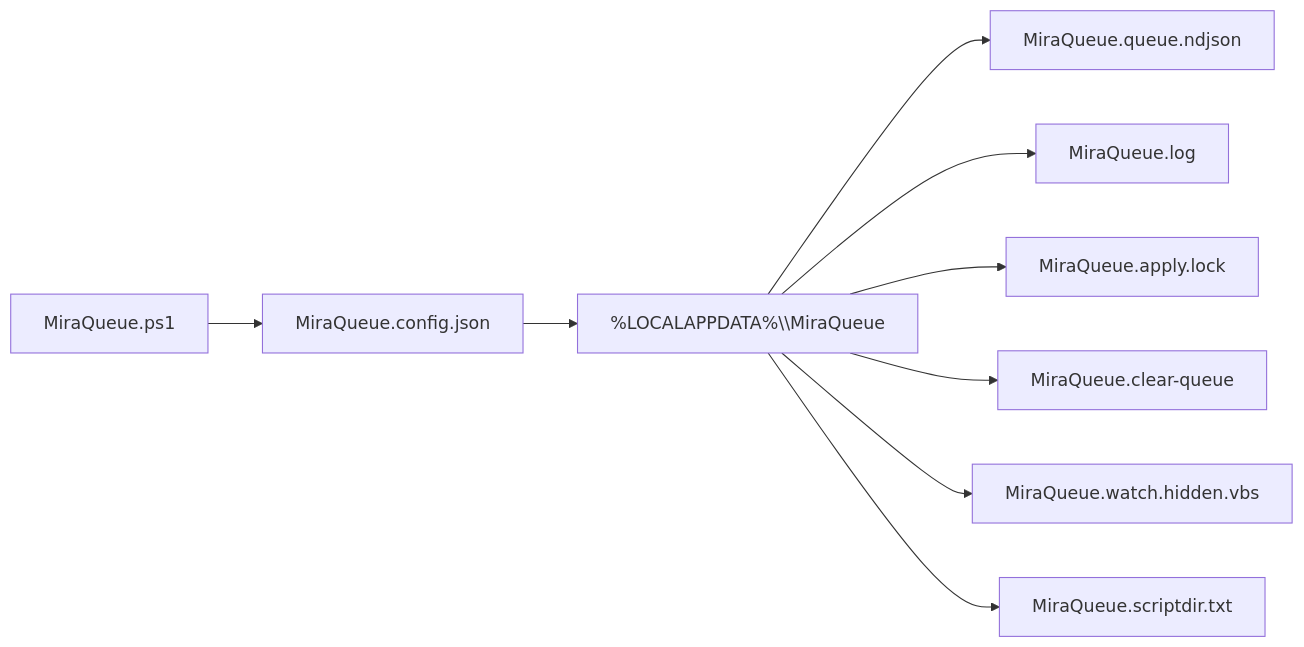
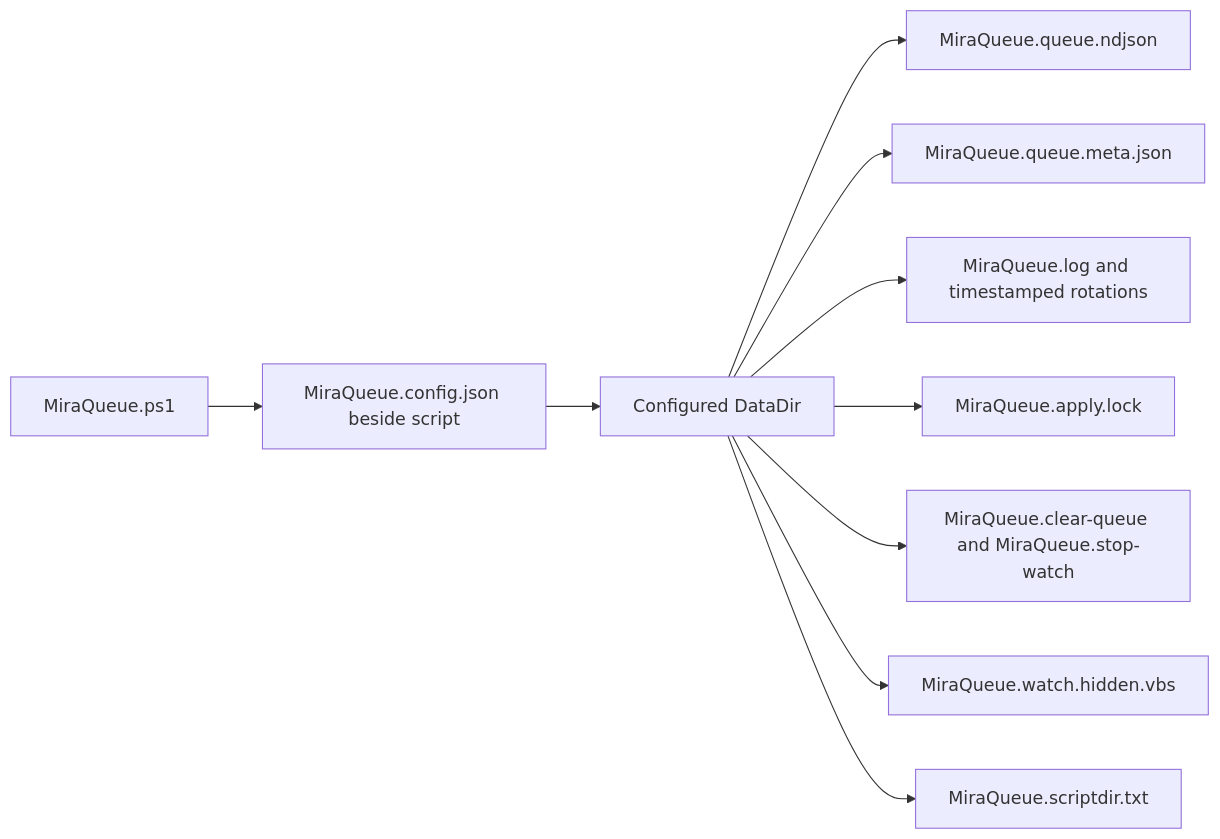
The diagram in docs/maps/runtime-files-map.md (AMD4x/miraqueue), drawn with Mermaid before and after one commit. The commit also changed other lines of this file and 41 other files, not shown here.

First line of the commit message:
Release MiraQueue V2.0.0

````diff
--- a/docs/maps/runtime-files-map.md
+++ b/docs/maps/runtime-files-map.md
@@ -3,11 +3,12 @@
 ```mermaid
-graph LR
-  S[MiraQueue.ps1] --> C[MiraQueue.config.json]
-  C --> D[%LOCALAPPDATA%\\MiraQueue]
+flowchart LR
+  S[MiraQueue.ps1] --> C[MiraQueue.config.json beside script]
+  C --> D[Configured DataDir]
   D --> Q[MiraQueue.queue.ndjson]
-  D --> L[MiraQueue.log]
-  D --> K[MiraQueue.apply.lock]
-  D --> R[MiraQueue.clear-queue]
+  D --> M[MiraQueue.queue.meta.json]
+  D --> L[MiraQueue.log and timestamped rotations]
+  D --> A[MiraQueue.apply.lock]
+  D --> R[MiraQueue.clear-queue and MiraQueue.stop-watch]
   D --> V[MiraQueue.watch.hidden.vbs]
   D --> P[MiraQueue.scriptdir.txt]
 ```
````
